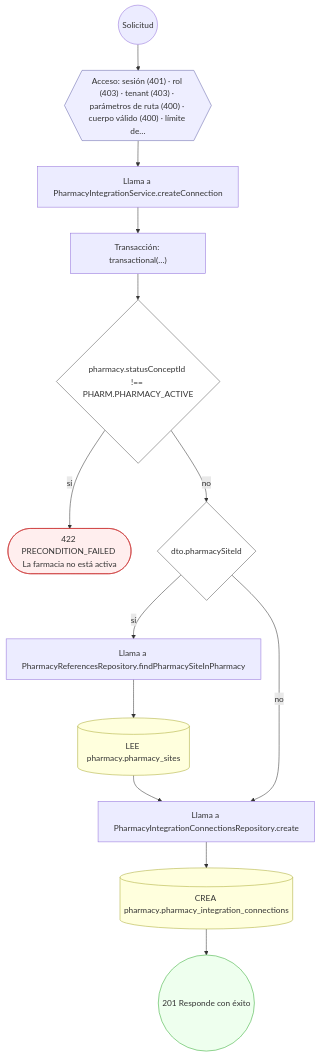
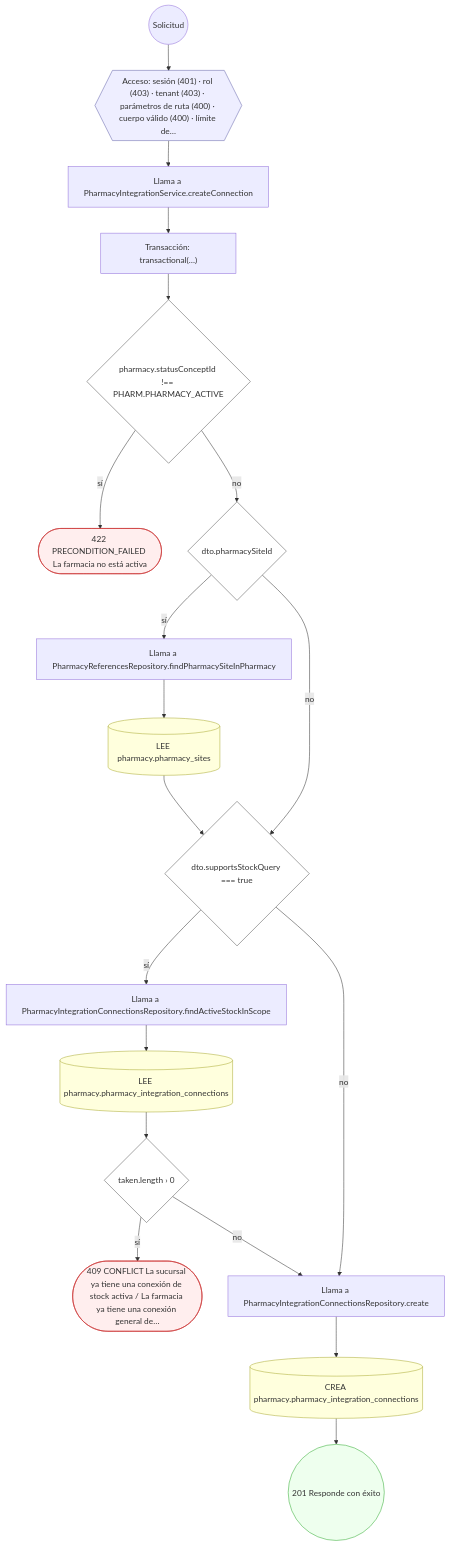
The eighth of 35 diagrams in docs/inventario/flujos/pharmacy.md (mdavila-2001/mantra-core-health-api), drawn with Mermaid before and after one commit. The commit also changed other lines of this file and 376 other files, not shown here.

````diff
--- a/docs/inventario/flujos/pharmacy.md
+++ b/docs/inventario/flujos/pharmacy.md
@@ -714,33 +716,44 @@
 ```mermaid
 flowchart TD
   n1(("Solicitud")):::inicio
   n2{{"Acceso: sesión (401) · rol (403) · tenant (403) · parámetros de ruta (400) · cuerpo válido (400) · límite de…"}}:::acceso
   n1 --> n2
   n3["Llama a PharmacyIntegrationService.createConnection"]:::llamada
   n2 --> n3
   n4["Transacción: transactional(…)"]:::transaccion
   n3 --> n4
   n5{"pharmacy.statusConceptId !== PHARM.PHARMACY_ACTIVE"}:::decision
   n4 --> n5
   n6(["422 PRECONDITION_FAILED La farmacia no está activa"]):::error
   n5 -->|"sí"| n6
   n7{"dto.pharmacySiteId"}:::decision
   n5 -->|"no"| n7
   n8["Llama a PharmacyReferencesRepository.findPharmacySiteInPharmacy"]:::llamada
   n7 -->|"sí"| n8
   n9[("LEE pharmacy.pharmacy_sites")]:::efecto
   n8 --> n9
-  n10["Llama a PharmacyIntegrationConnectionsRepository.create"]:::llamada
+  n10{"dto.supportsStockQuery === true"}:::decision
   n9 --> n10
   n7 -->|"no"| n10
-  n11[("CREA pharmacy.pharmacy_integration_connections")]:::efecto
-  n10 --> n11
-  n12(("201 Responde con éxito")):::ok
+  n11["Llama a PharmacyIntegrationConnectionsRepository.findActiveStockInScope"]:::llamada
+  n10 -->|"sí"| n11
+  n12[("LEE pharmacy.pharmacy_integration_connections")]:::efecto
   n11 --> n12
+  n13{"taken.length › 0"}:::decision
+  n12 --> n13
+  n14(["409 CONFLICT La sucursal ya tiene una conexión de stock activa / La farmacia ya tiene una conexión general de…"]):::error
+  n13 -->|"sí"| n14
+  n15["Llama a PharmacyIntegrationConnectionsRepository.create"]:::llamada
+  n13 -->|"no"| n15
+  n10 -->|"no"| n15
+  n16[("CREA pharmacy.pharmacy_integration_connections")]:::efecto
+  n15 --> n16
+  n17(("201 Responde con éxito")):::ok
+  n16 --> n17
   classDef acceso fill:#eef,stroke:#66a
   classDef error fill:#fee,stroke:#c33
   classDef ok fill:#efe,stroke:#3a3
   classDef efecto fill:#ffd,stroke:#aa3
   classDef decision fill:#fff,stroke:#555
   classDef corte fill:#eee,stroke:#999,stroke-dasharray: 4
 ```
````
